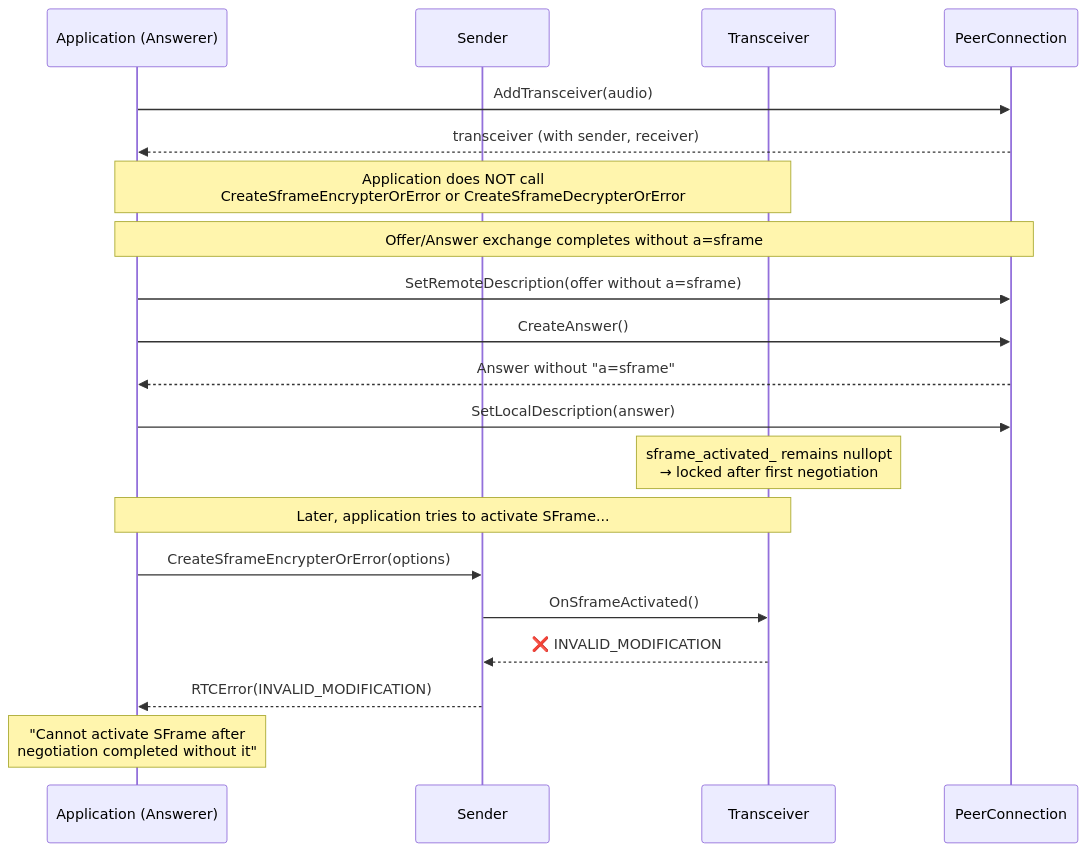
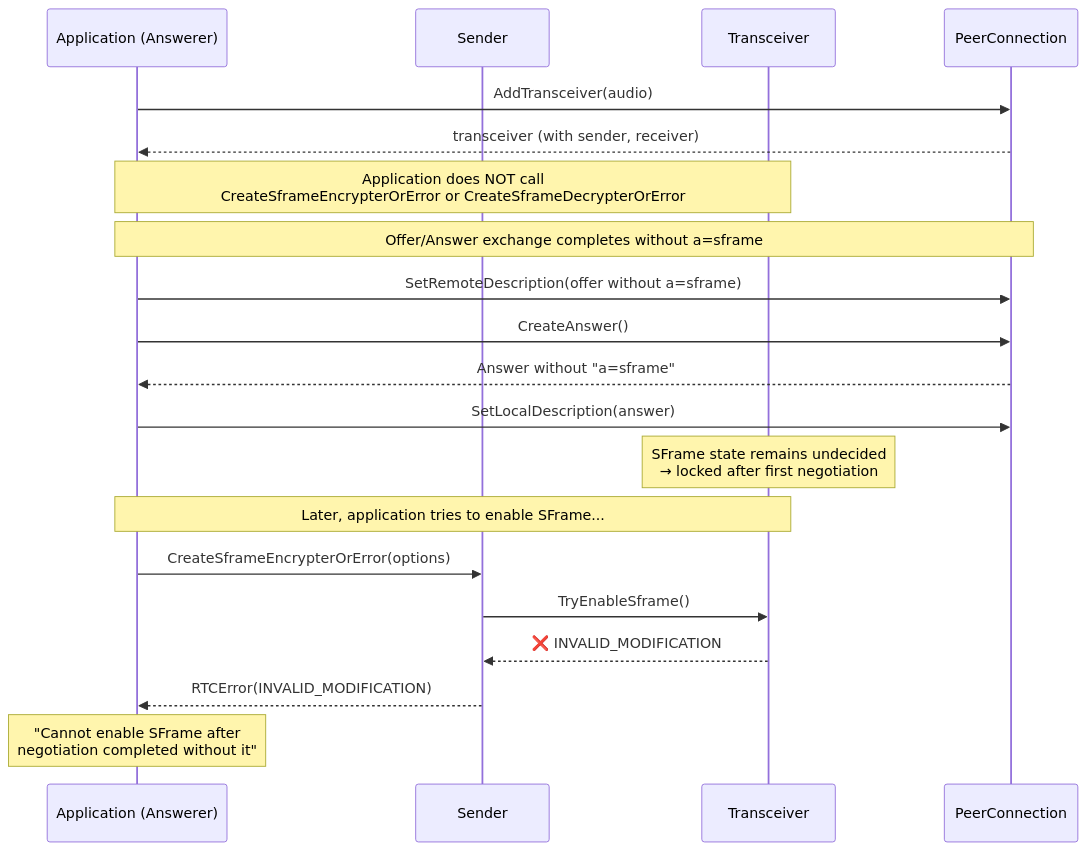
The sixth of 6 diagrams in negotiation.md (webex/webrtc-sframe), drawn with Mermaid before and after one commit. The commit also changed other lines of this file and 1 other file, not shown here.

````diff
--- a/negotiation.md
+++ b/negotiation.md
@@ -356,27 +356,27 @@
 ```mermaid
 sequenceDiagram
     participant App as Application (Answerer)
     participant S as Sender
     participant T as Transceiver
     participant PC as PeerConnection
 
     App->>PC: AddTransceiver(audio)
     PC-->>App: transceiver (with sender, receiver)
     Note over App,T: Application does NOT call<br/>CreateSframeEncrypterOrError or CreateSframeDecrypterOrError
 
     Note over App,PC: Offer/Answer exchange completes without a=sframe
 
     App->>PC: SetRemoteDescription(offer without a=sframe)
     App->>PC: CreateAnswer()
     PC-->>App: Answer without "a=sframe"
     App->>PC: SetLocalDescription(answer)
-    Note over T: sframe_activated_ remains nullopt<br/>→ locked after first negotiation
+    Note over T: SFrame state remains undecided<br/>→ locked after first negotiation
 
-    Note over App,T: Later, application tries to activate SFrame...
+    Note over App,T: Later, application tries to enable SFrame...
 
     App->>S: CreateSframeEncrypterOrError(options)
-    S->>T: OnSframeActivated()
+    S->>T: TryEnableSframe()
     T-->>S: ❌ INVALID_MODIFICATION
     S-->>App: RTCError(INVALID_MODIFICATION)
-    Note over App: "Cannot activate SFrame after<br/>negotiation completed without it"
+    Note over App: "Cannot enable SFrame after<br/>negotiation completed without it"
 ```
````
